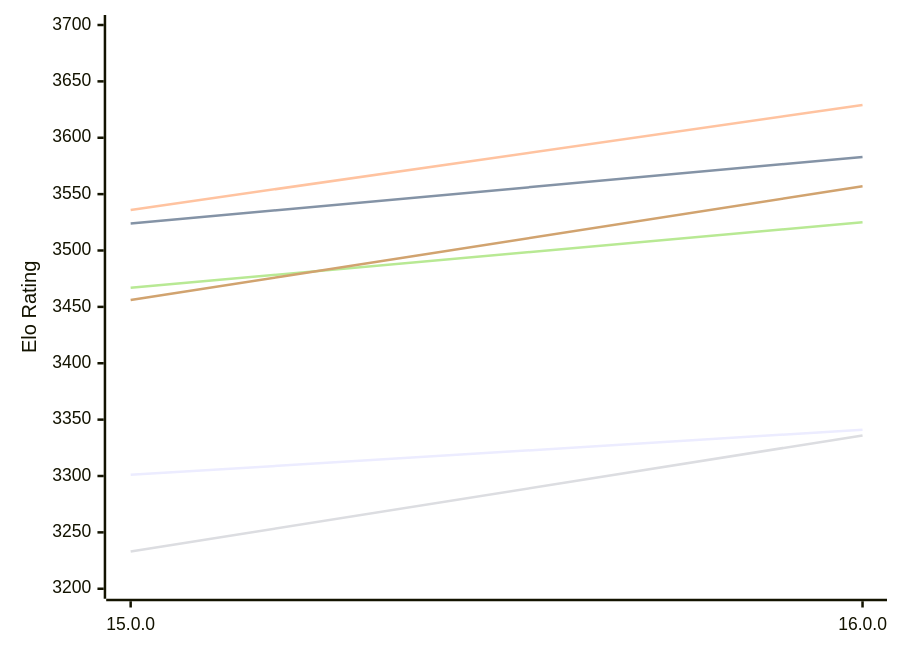
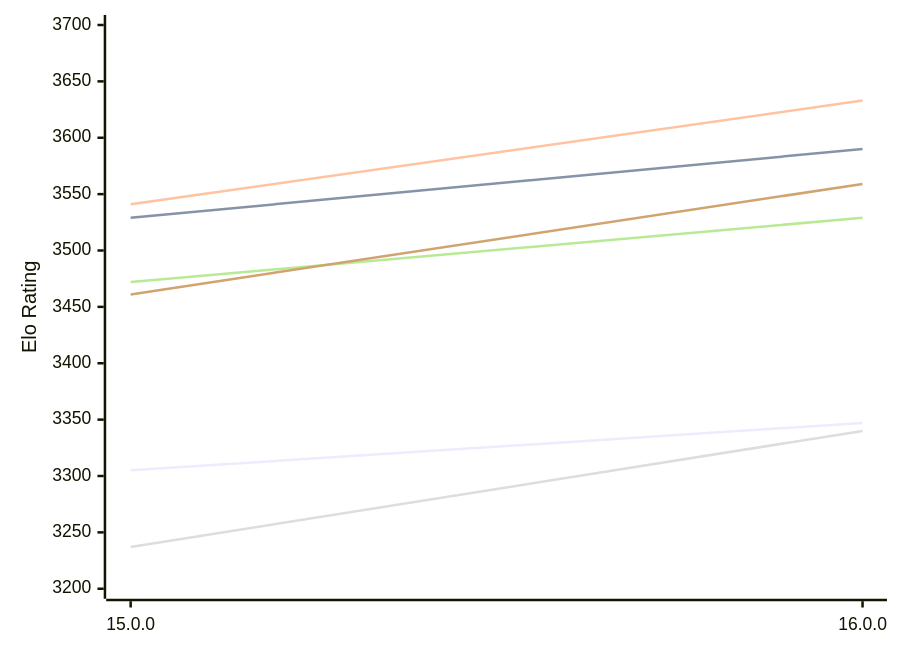
The first of 2 diagrams in engines/Halogen.md (computer-chess-index/cci), drawn with Mermaid before and after one commit. The commit also changed other lines of this file, not shown here.

Commit message:
Update CCI Ratings (ELO VLTC) - 2026-11-20

````diff
--- a/engines/Halogen.md
+++ b/engines/Halogen.md
@@ -50,12 +50,12 @@
 ```mermaid
 %%{init: {"theme":"base","themeVariables":{"seriesColors:['#a3a3a3','#222221','#faa371']}}}%%
 xychart-beta
   x-axis ["15.0.0", "16.0.0"]
   y-axis "Elo Rating" 3200 --> 3700
-  line "E1: STC (8.0+0.08s)" [3301, 3341]
-  line "E1: LTC (60.0+0.60s)" [3524, 3583]
-  line "E1: VLTC (2m24s+1.12s)" [3536, 3629]
-  line "P1: STC (8.0+0.08s)" [3233, 3336]
-  line "P1: LTC (60.0+0.60s)" [3467, 3525]
-  line "P1: VLTC (2m24s+1.12s)" [3456, 3557]
+  line "E1: STC (8.0+0.08s)" [3305, 3347]
+  line "E1: LTC (60.0+0.60s)" [3529, 3590]
+  line "E1: VLTC (2m24s+1.12s)" [3541, 3633]
+  line "P1: STC (8.0+0.08s)" [3237, 3340]
+  line "P1: LTC (60.0+0.60s)" [3472, 3529]
+  line "P1: VLTC (2m24s+1.12s)" [3461, 3559]
 ```
````
